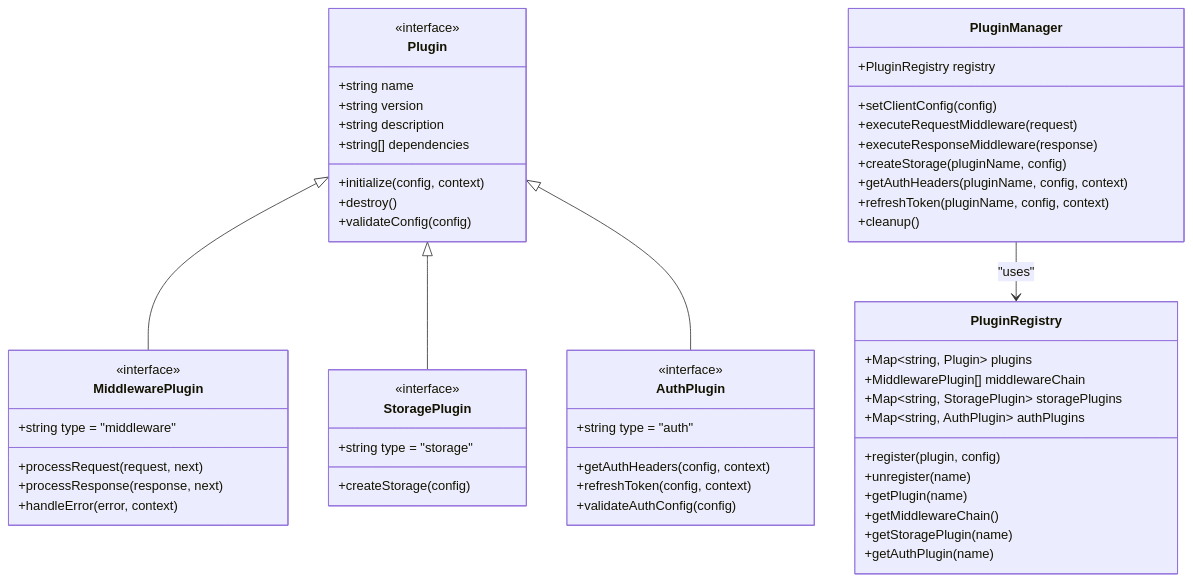
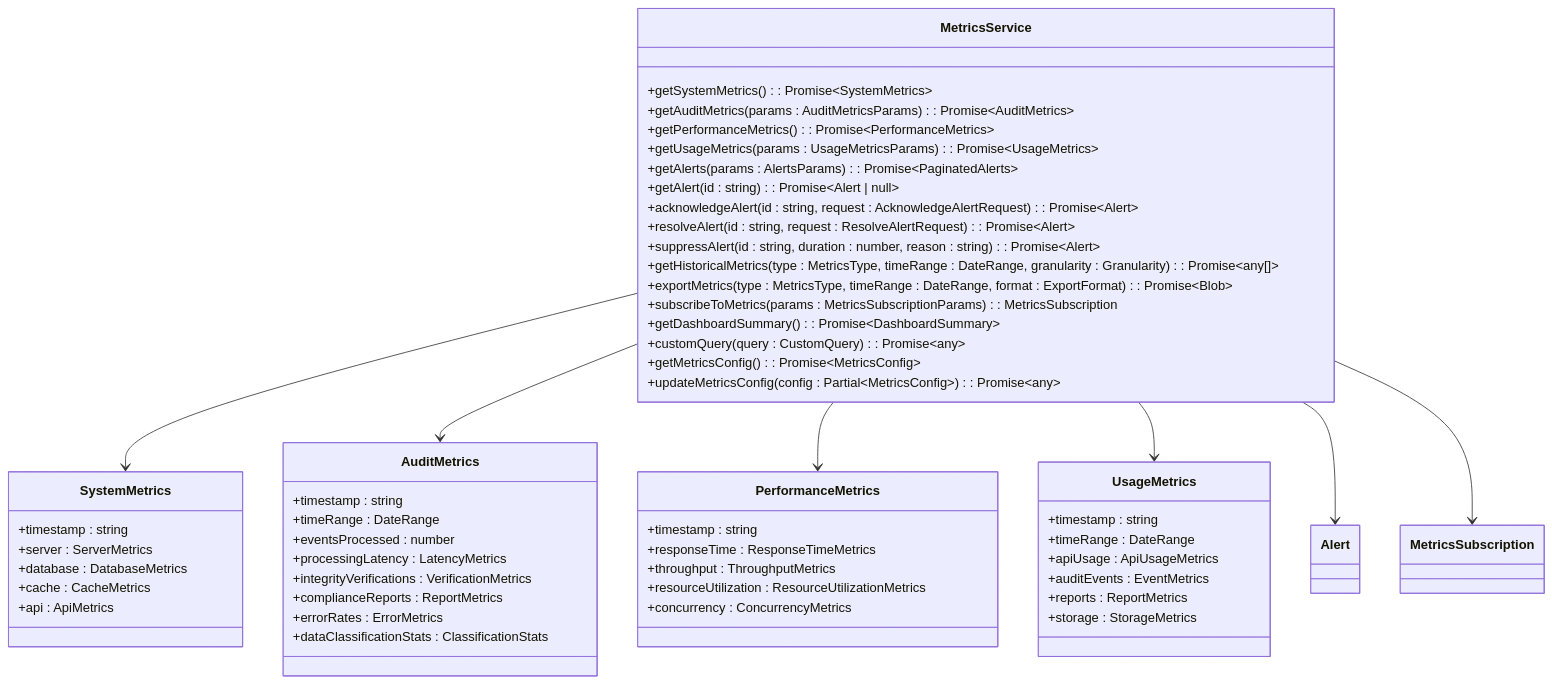
One commit to smedrec/smart-logs changed the sixth of 10 diagrams in .qoder/repowiki/en/content/Audit Client Library Specifications.md. Above: the diagram before and after it, drawn with Mermaid. The commit also changed other lines of this file and 7 other files, not shown here.

First line of the commit message:
docs(audit-client): update comprehensive documentation and architecture overview

````diff
--- a/.qoder/repowiki/en/content/Audit Client Library Specifications.md
+++ b/.qoder/repowiki/en/content/Audit Client Library Specifications.md
@@ -239,58 +435,59 @@
 ```mermaid
 classDiagram
-class Plugin {
-<<interface>>
-+string name
-+string version
-+string description
-+string[] dependencies
-+initialize(config, context)
-+destroy()
-+validateConfig(config)
+class MetricsService {
++getSystemMetrics() : Promise~SystemMetrics~
++getAuditMetrics(params : AuditMetricsParams) : Promise~AuditMetrics~
++getPerformanceMetrics() : Promise~PerformanceMetrics~
++getUsageMetrics(params : UsageMetricsParams) : Promise~UsageMetrics~
++getAlerts(params : AlertsParams) : Promise~PaginatedAlerts~
++getAlert(id : string) : Promise~Alert | null~
++acknowledgeAlert(id : string, request : AcknowledgeAlertRequest) : Promise~Alert~
++resolveAlert(id : string, request : ResolveAlertRequest) : Promise~Alert~
++suppressAlert(id : string, duration : number, reason : string) : Promise~Alert~
++getHistoricalMetrics(type : MetricsType, timeRange : DateRange, granularity : Granularity) : Promise~any[]~
++exportMetrics(type : MetricsType, timeRange : DateRange, format : ExportFormat) : Promise~Blob~
++subscribeToMetrics(params : MetricsSubscriptionParams) : MetricsSubscription
++getDashboardSummary() : Promise~DashboardSummary~
++customQuery(query : CustomQuery) : Promise~any~
++getMetricsConfig() : Promise~MetricsConfig~
++updateMetricsConfig(config : Partial~MetricsConfig~) : Promise~any~
 }
-class MiddlewarePlugin {
-<<interface>>
-+string type = "middleware"
-+processRequest(request, next)
-+processResponse(response, next)
-+handleError(error, context)
+class SystemMetrics {
++timestamp : string
++server : ServerMetrics
++database : DatabaseMetrics
++cache : CacheMetrics
++api : ApiMetrics
 }
-class StoragePlugin {
-<<interface>>
-+string type = "storage"
-+createStorage(config)
+class AuditMetrics {
++timestamp : string
++timeRange : DateRange
++eventsProcessed : number
++processingLatency : LatencyMetrics
++integrityVerifications : VerificationMetrics
++complianceReports : ReportMetrics
++errorRates : ErrorMetrics
++dataClassificationStats : ClassificationStats
 }
-class AuthPlugin {
-<<interface>>
-+string type = "auth"
-+getAuthHeaders(config, context)
-+refreshToken(config, context)
-+validateAuthConfig(config)
+class PerformanceMetrics {
++timestamp : string
++responseTime : ResponseTimeMetrics
++throughput : ThroughputMetrics
++resourceUtilization : ResourceUtilizationMetrics
++concurrency : ConcurrencyMetrics
 }
-class PluginRegistry {
-+Map~string, Plugin~ plugins
-+MiddlewarePlugin[] middlewareChain
-+Map~string, StoragePlugin~ storagePlugins
-+Map~string, AuthPlugin~ authPlugins
-+register(plugin, config)
-+unregister(name)
-+getPlugin(name)
-+getMiddlewareChain()
-+getStoragePlugin(name)
-+getAuthPlugin(name)
+class UsageMetrics {
++timestamp : string
++timeRange : DateRange
++apiUsage : ApiUsageMetrics
++auditEvents : EventMetrics
++reports : ReportMetrics
++storage : StorageMetrics
 }
-class PluginManager {
-+PluginRegistry registry
-+setClientConfig(config)
-+executeRequestMiddleware(request)
-+executeResponseMiddleware(response)
-+createStorage(pluginName, config)
-+getAuthHeaders(pluginName, config, context)
-+refreshToken(pluginName, config, context)
-+cleanup()
-}
-Plugin <|-- MiddlewarePlugin
-Plugin <|-- StoragePlugin
-Plugin <|-- AuthPlugin
-PluginManager --> PluginRegistry : "uses"
+MetricsService --> SystemMetrics
+MetricsService --> AuditMetrics
+MetricsService --> PerformanceMetrics
+MetricsService --> UsageMetrics
+MetricsService --> Alert
+MetricsService --> MetricsSubscription
 ```
````
